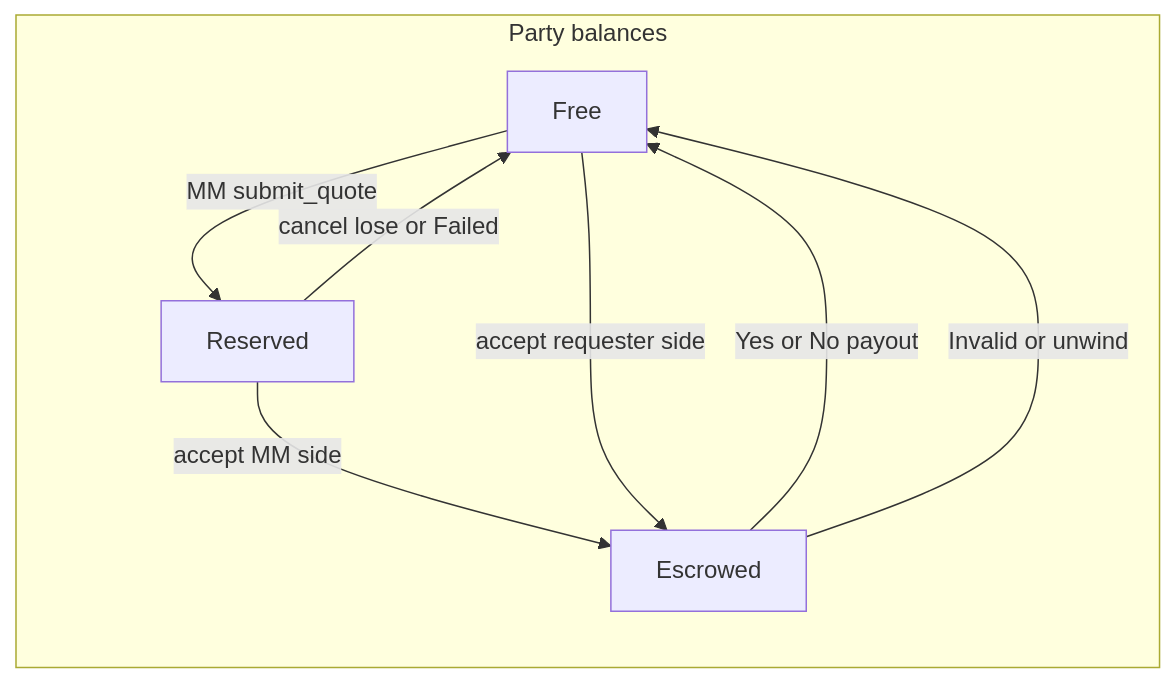
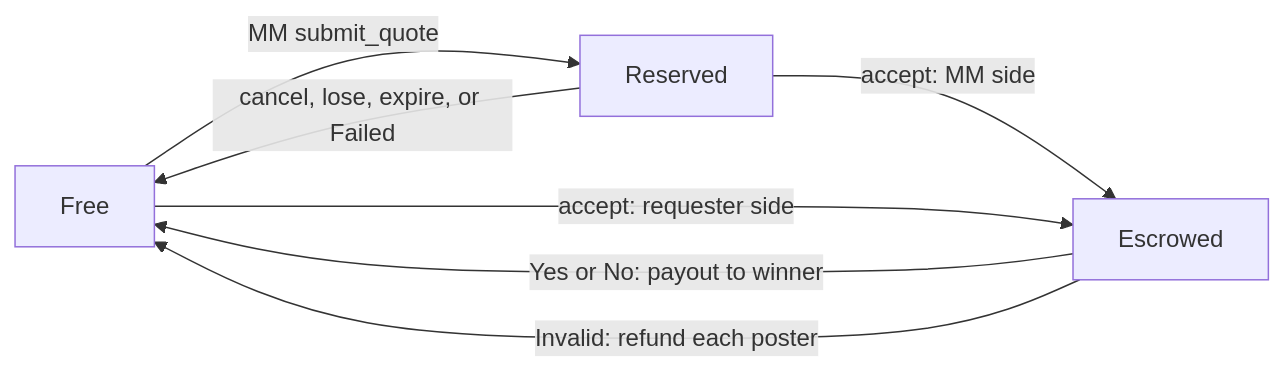
Before and after one commit to SwineCoder101/rfq-matching-settlement-engine: the fifth of 7 diagrams in docs/ARCHITECTURE.md, drawn with Mermaid. The commit also changed other lines of this file and 41 other files, not shown here.

````diff
--- a/docs/ARCHITECTURE.md
+++ b/docs/ARCHITECTURE.md
@@ -170,15 +113,9 @@
 ```mermaid
 flowchart LR
-    subgraph party [Party balances]
-        Free
-        Reserved
-        Escrowed
-    end
-
     Free -->|"MM submit_quote"| Reserved
-    Reserved -->|"cancel lose or Failed"| Free
-    Reserved -->|"accept MM side"| Escrowed
-    Free -->|"accept requester side"| Escrowed
-    Escrowed -->|"Yes or No payout"| Free
-    Escrowed -->|"Invalid or unwind"| Free
+    Reserved -->|"cancel, lose, expire, or Failed"| Free
+    Reserved -->|"accept: MM side"| Escrowed
+    Free -->|"accept: requester side"| Escrowed
+    Escrowed -->|"Yes or No: payout to winner"| Free
+    Escrowed -->|"Invalid: refund each poster"| Free
 ```
````
